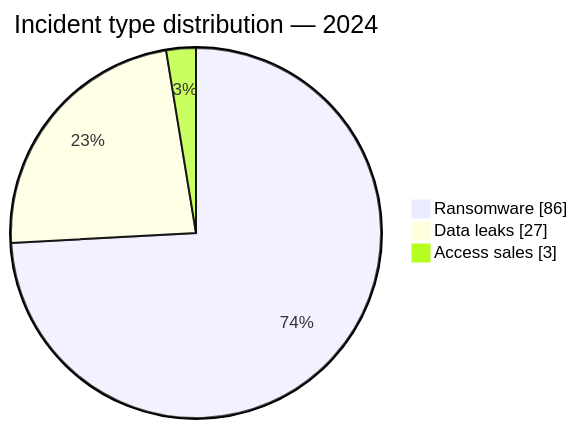
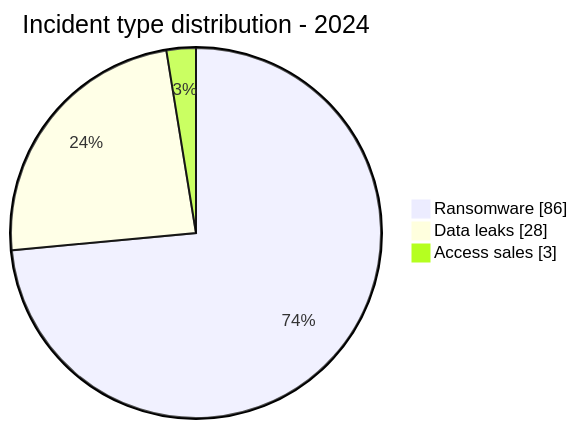
One commit to Hatchepsoute/AFRINTEL changed the second of 3 diagrams in CyberAttackAfrica/2024/README.md. Above: the diagram before and after it, drawn with Mermaid. The commit also changed other lines of this file and 182 other files, not shown here.

````diff
--- a/CyberAttackAfrica/2024/README.md
+++ b/CyberAttackAfrica/2024/README.md
@@ -66,7 +66,7 @@
 ```mermaid
 pie showData
-    title Incident type distribution — 2024
+    title Incident type distribution - 2024
     "Ransomware" : 86
-    "Data leaks" : 27
+    "Data leaks" : 28
     "Access sales" : 3
 ```
````
